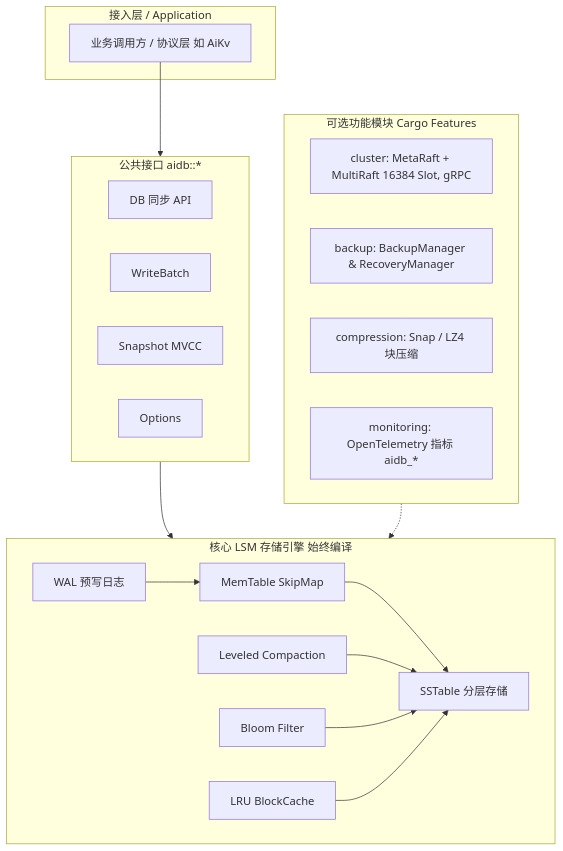
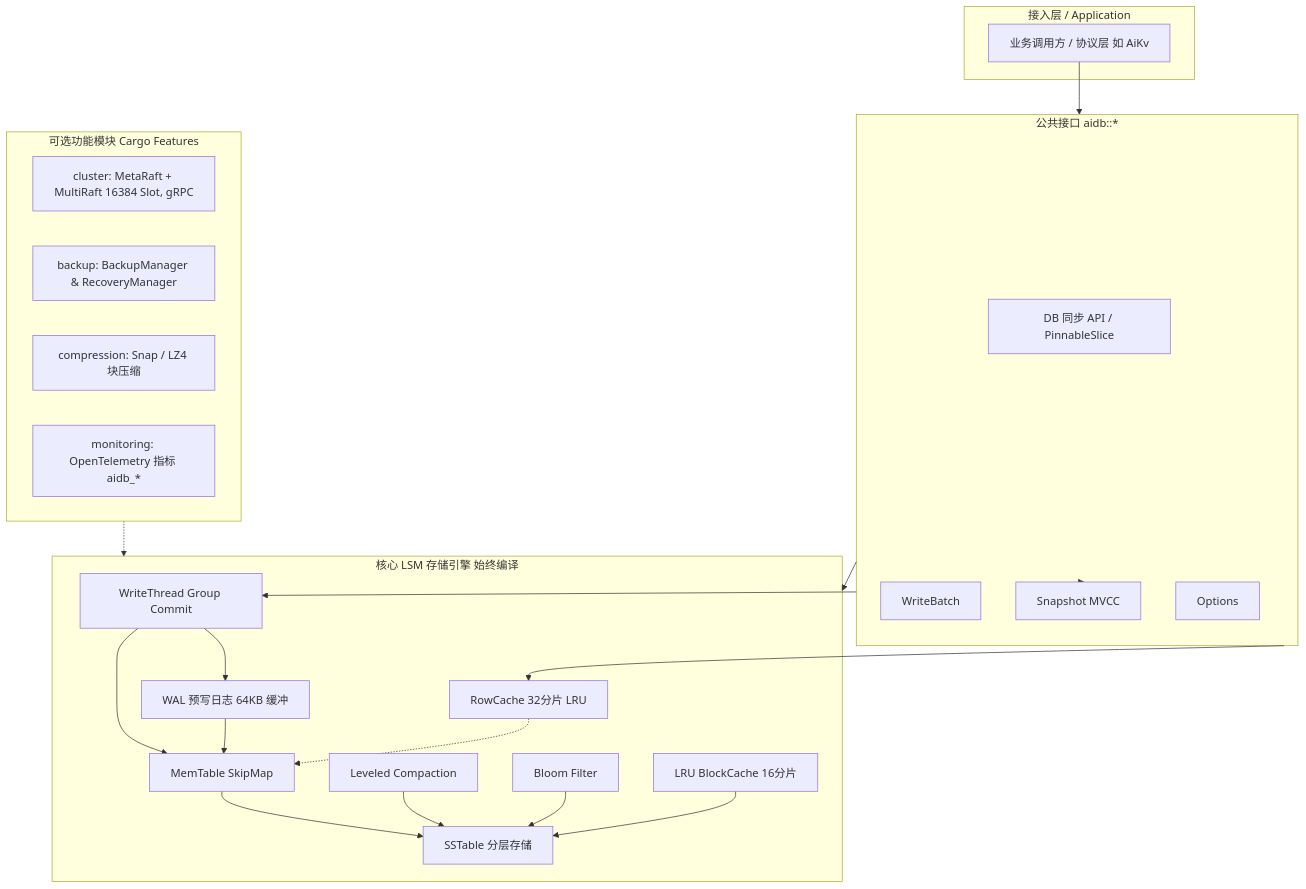
One commit to wiqun/AiDb changed the diagram in README.md. Above: the diagram before and after it, drawn with Mermaid. The commit also changed other lines of this file and 28 other files, not shown here.

````diff
--- a/README.md
+++ b/README.md
@@ -28,37 +30,45 @@
 ```mermaid
 flowchart TB
     subgraph App [接入层 / Application]
         Consumer[业务调用方 / 协议层 如 AiKv]
     end
 
     subgraph API [公共接口 aidb::*]
-        DB[DB 同步 API]
+        DB[DB 同步 API / PinnableSlice]
         Batch[WriteBatch]
         Snap[Snapshot MVCC]
         Opts[Options]
     end
 
     subgraph Engine [核心 LSM 存储引擎 始终编译]
-        WAL[WAL 预写日志]
+        WT[WriteThread Group Commit]
+        WAL[WAL 预写日志 64KB 缓冲]
         MT[MemTable SkipMap]
+        RC[RowCache 32分片 LRU]
         SST[SSTable 分层存储]
         Comp[Leveled Compaction]
         Filter[Bloom Filter]
-        Cache[LRU BlockCache]
+        Cache[LRU BlockCache 16分片]
     end
 
     subgraph Extensions [可选功能模块 Cargo Features]
         Cluster[cluster: MetaRaft + MultiRaft 16384 Slot, gRPC]
         Backup[backup: BackupManager & RecoveryManager]
         Compress[compression: Snap / LZ4 块压缩]
         Monitor[monitoring: OpenTelemetry 指标 aidb_*]
     end
 
     Consumer --> API
+    API --> WT
+    WT --> WAL
+    WT --> MT
+    API --> RC
+    API --> Snap
     API --> Engine
     WAL --> MT --> SST
     Comp --> SST
     Filter --> SST
     Cache --> SST
+    RC -.-> MT
     Extensions -.-> Engine
 ```
````
